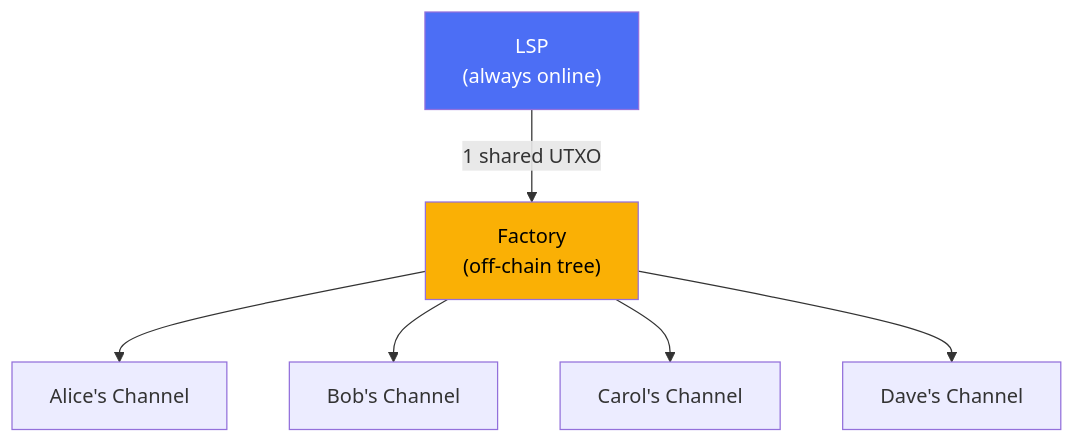
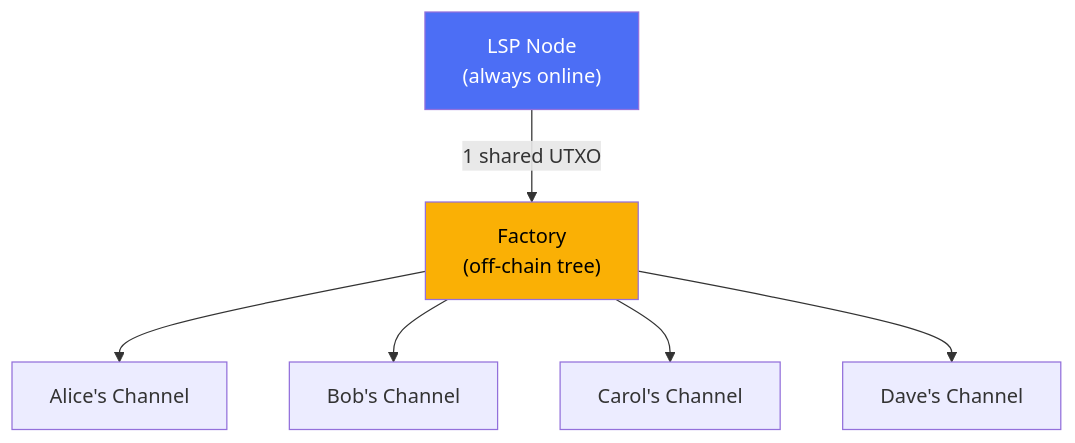
Before and after one commit to 8144225309/superscalar-docs: the second of 2 diagrams in foundations/what-is-an-lsp.md, drawn with Mermaid. The commit also changed other lines of this file and 8 other files, not shown here.

````diff
--- a/foundations/what-is-an-lsp.md
+++ b/foundations/what-is-an-lsp.md
@@ -28,12 +39,12 @@
 ```mermaid
 graph TD
-    LSP["LSP<br/>(always online)"]
+    LSP["LSP Node<br/>(always online)"]
     LSP -->|"1 shared UTXO"| F["Factory<br/>(off-chain tree)"]
     F --> A["Alice's Channel"]
     F --> B["Bob's Channel"]
     F --> C["Carol's Channel"]
     F --> D["Dave's Channel"]
 
     style LSP fill:#4c6ef5,color:#fff
     style F fill:#fab005,color:#000
 ```
````
